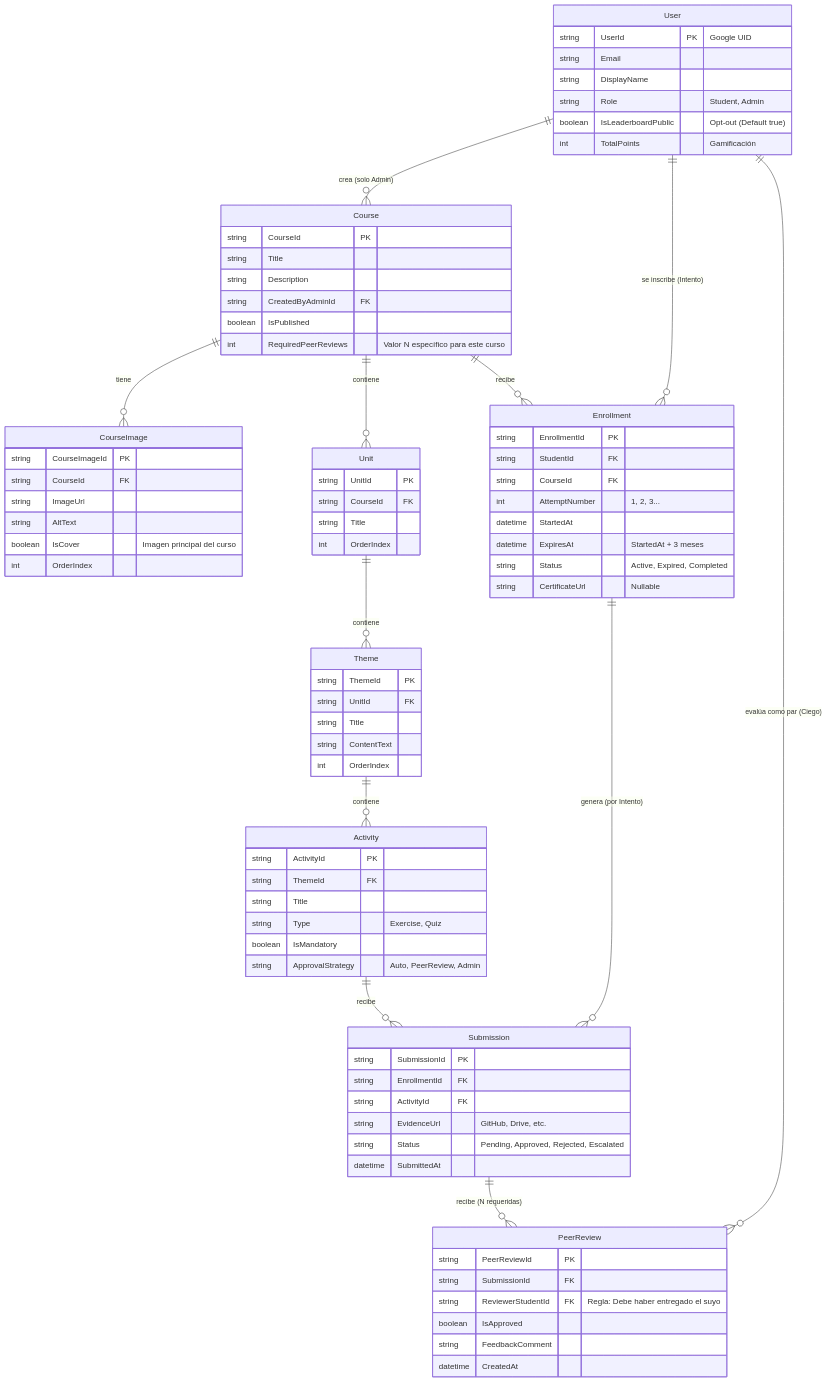
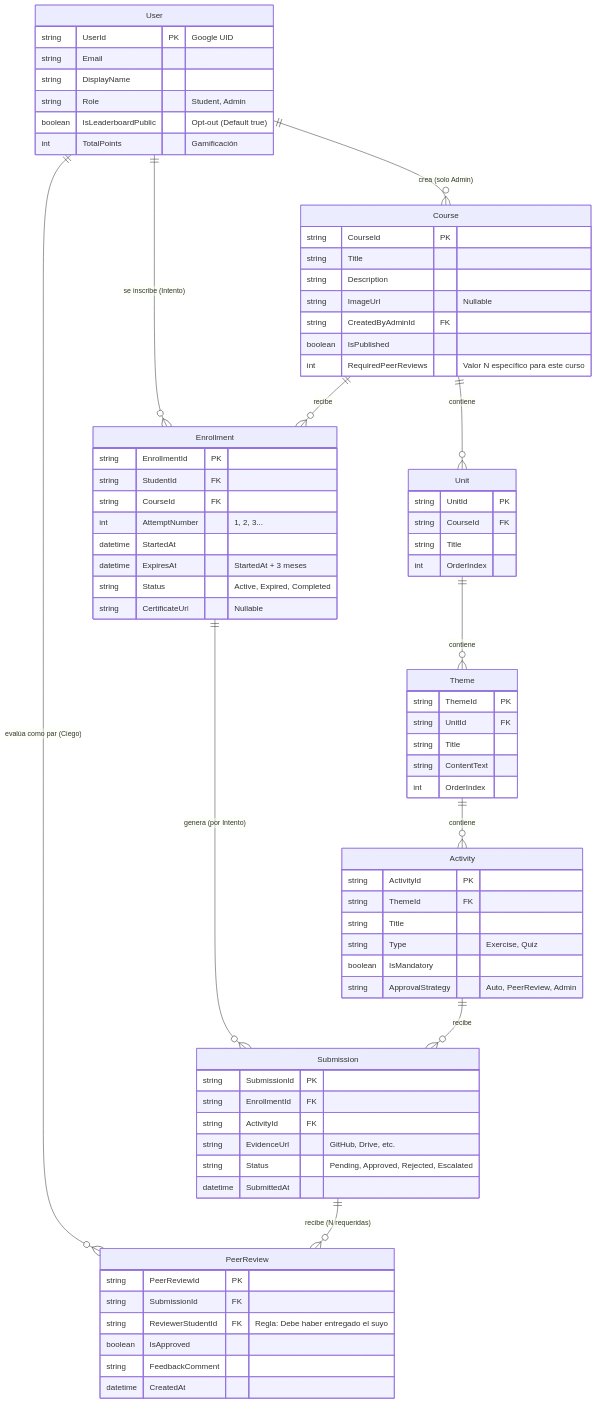
The first of 2 diagrams in src/Mentorly.UI/README.md (adonismercado/Mentorly.Net), drawn with Mermaid before and after one commit. The commit also changed 2 other files, not shown here.

Commit message:
elimina registro de course image

```diff
--- a/src/Mentorly.UI/README.md
+++ b/src/Mentorly.UI/README.md
@@ -136,18 +136,10 @@
         string CourseId PK
         string Title
         string Description
+        string ImageUrl "Nullable"
         string CreatedByAdminId FK
         boolean IsPublished
         int RequiredPeerReviews "Valor N específico para este curso"
-    }
-
-    CourseImage {
-        string CourseImageId PK
-        string CourseId FK
-        string ImageUrl
-        string AltText
-        boolean IsCover "Imagen principal del curso"
-        int OrderIndex
     }
 
     Unit {
@@ -209,7 +201,6 @@
     User ||--o{ PeerReview : "evalúa como par (Ciego)"
     
     %% Relaciones de Jerarquía de Contenido
-    Course ||--o{ CourseImage : "tiene"
     Course ||--o{ Unit : "contiene"
     Unit ||--o{ Theme : "contiene"
     Theme ||--o{ Activity : "contiene"
```
